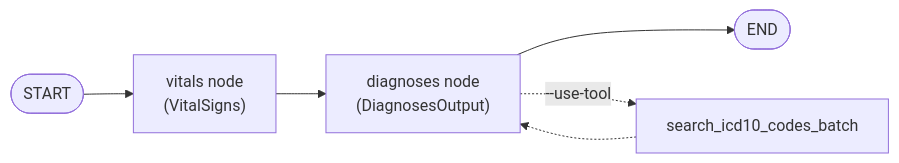
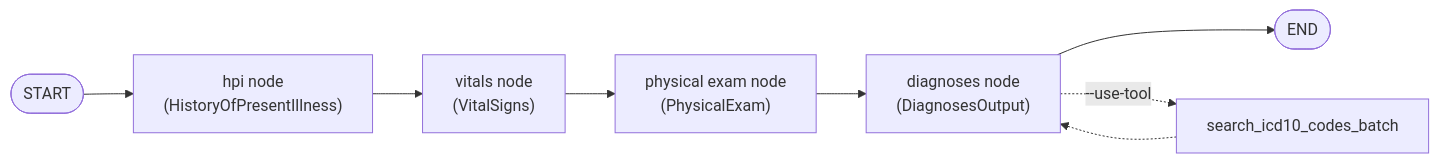
One commit to nroldanf/agentic-evaluation-workshop changed the first of 2 diagrams in README.md. Above: the diagram before and after it, drawn with Mermaid. The commit also changed other lines of this file and 9 other files, not shown here.

First line of the commit message:
feat: add HPI and physical exam agents, unify agent builder

````diff
--- a/README.md
+++ b/README.md
@@ -18,8 +30,10 @@
 ```mermaid
 flowchart LR
-    S([START]) --> V["vitals node<br/>(VitalSigns)"]
-    V --> D["diagnoses node<br/>(DiagnosesOutput)"]
+    S([START]) --> H["hpi node<br/>(HistoryOfPresentIllness)"]
+    H --> V["vitals node<br/>(VitalSigns)"]
+    V --> P["physical exam node<br/>(PhysicalExam)"]
+    P --> D["diagnoses node<br/>(DiagnosesOutput)"]
     D --> E([END])
     D -.->|"--use-tool"| T["search_icd10_codes_batch"]
     T -.-> D
 ```
````
